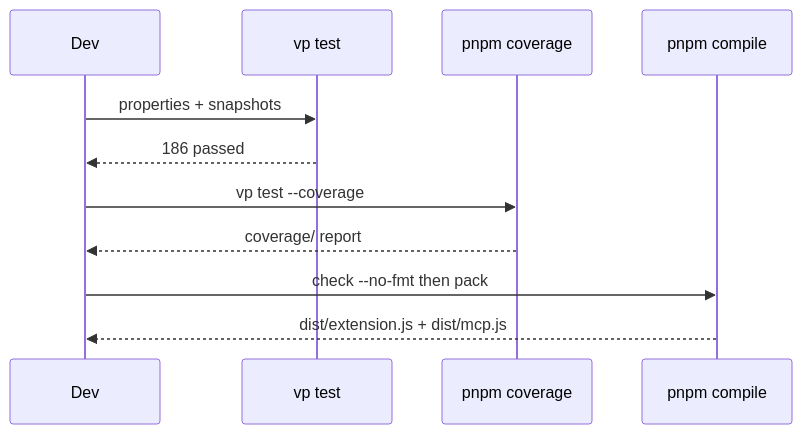
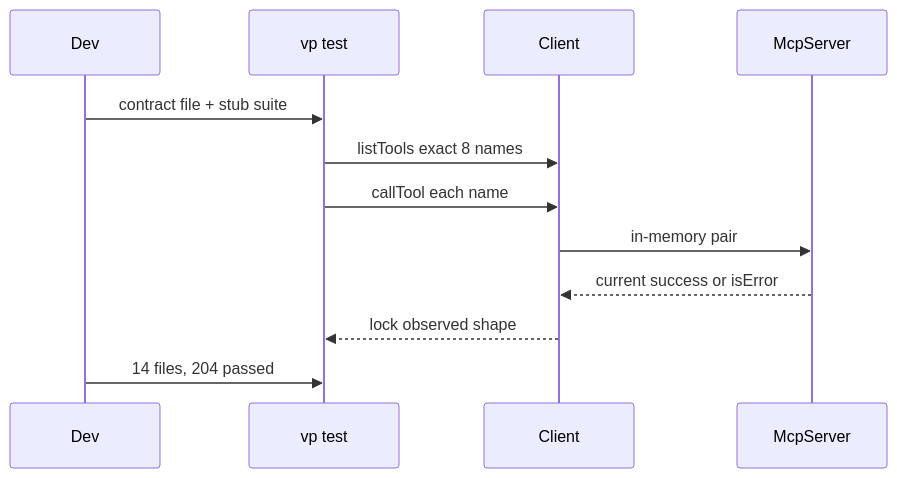
One commit to MarekBombera/cursor-design-extension changed the second of 2 diagrams in blueprint/context/current-feature-overview.md. Above: the diagram before and after it, drawn with Mermaid. The commit also changed other lines of this file and 5 other files, not shown here.

First line of the commit message:
feat: add MCP client contract tests over InMemoryTransport

````diff
--- a/blueprint/context/current-feature-overview.md
+++ b/blueprint/context/current-feature-overview.md
@@ -35,13 +29,14 @@
 ```mermaid
 sequenceDiagram
   participant Dev
   participant Test as vp test
-  participant Cov as pnpm coverage
-  participant Pack as pnpm compile
-  Dev->>Test: properties + snapshots
-  Test-->>Dev: 186 passed
-  Dev->>Cov: vp test --coverage
-  Cov-->>Dev: coverage/ report
-  Dev->>Pack: check --no-fmt then pack
-  Pack-->>Dev: dist/extension.js + dist/mcp.js
+  participant Client
+  participant Server as McpServer
+  Dev->>Test: contract file + stub suite
+  Test->>Client: listTools exact 8 names
+  Test->>Client: callTool each name
+  Client->>Server: in-memory pair
+  Server-->>Client: current success or isError
+  Client-->>Test: lock observed shape
+  Dev->>Test: 14 files, 204 passed
 ```
````
